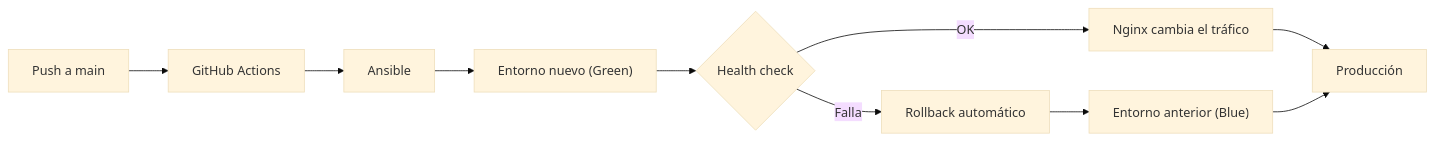
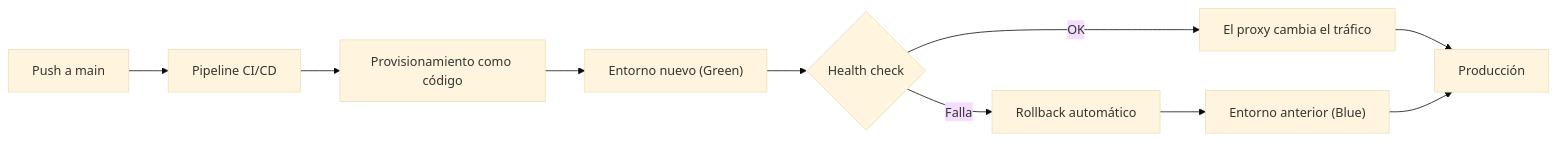
Before and after one commit to carlosgarcia-tech/carlosgarcia-tech: the second of 4 diagrams in README.md, drawn with Mermaid (base theme). The commit also changed other lines of this file, not shown here.

````diff
--- a/README.md
+++ b/README.md
@@ -122,12 +264,12 @@
 ```mermaid
 flowchart LR
-    Dev["Push a main"] --> GA["GitHub Actions"]
-    GA --> AN["Ansible"]
-    AN --> NEW["Entorno nuevo (Green)"]
+    Dev["Push a main"] --> CI["Pipeline CI/CD"]
+    CI --> IaC["Provisionamiento como código"]
+    IaC --> NEW["Entorno nuevo (Green)"]
     NEW --> HC{"Health check"}
-    HC -- "OK" --> SW["Nginx cambia el tráfico"]
+    HC -- "OK" --> SW["El proxy cambia el tráfico"]
     HC -- "Falla" --> RB["Rollback automático"]
     SW --> LIVE["Producción"]
     RB --> OLD["Entorno anterior (Blue)"]
     OLD --> LIVE
 ```
````
